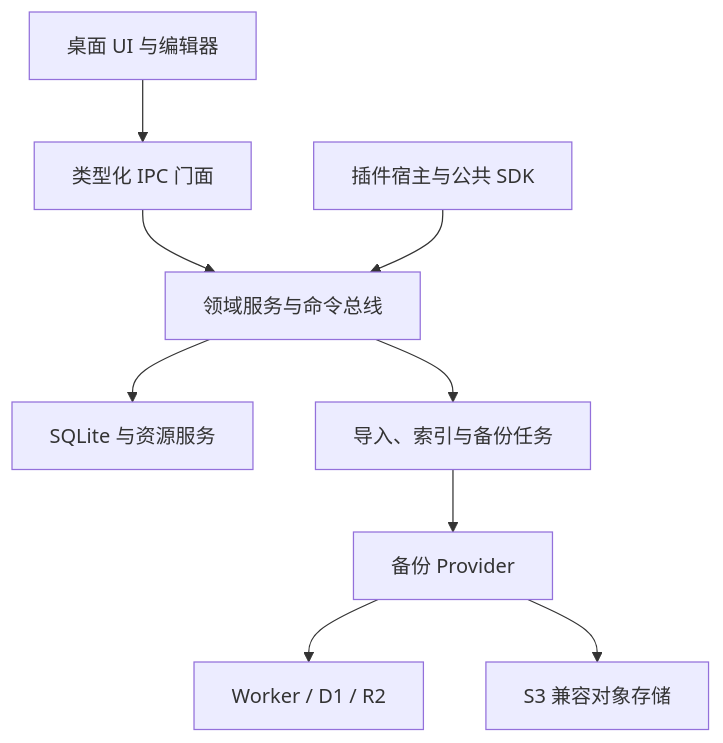
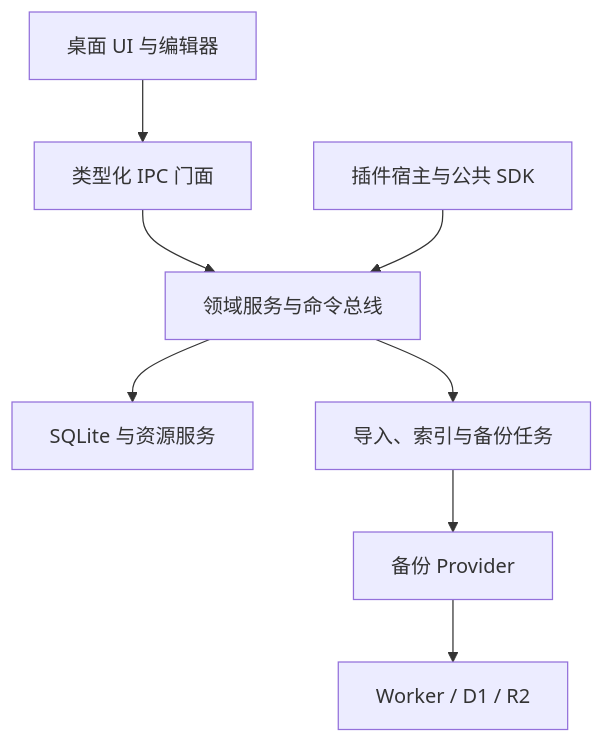
The first of 2 diagrams in docs/Anynote-Design.md (mxsyx/anynote), drawn with Mermaid before and after one commit. The commit also changed other lines of this file and 63 other files, not shown here.

````diff
--- a/docs/Anynote-Design.md
+++ b/docs/Anynote-Design.md
@@ -98,11 +97,10 @@
 ```mermaid
 flowchart TB
   UI["桌面 UI 与编辑器"] --> Bridge["类型化 IPC 门面"]
   Bridge --> Core["领域服务与命令总线"]
   Core --> Store["SQLite 与资源服务"]
   Core --> Jobs["导入、索引与备份任务"]
   Plugins["插件宿主与公共 SDK"] --> Core
   Jobs --> Providers["备份 Provider"]
   Providers --> CF["Worker / D1 / R2"]
-  Providers --> S3["S3 兼容对象存储"]
 ```
````
